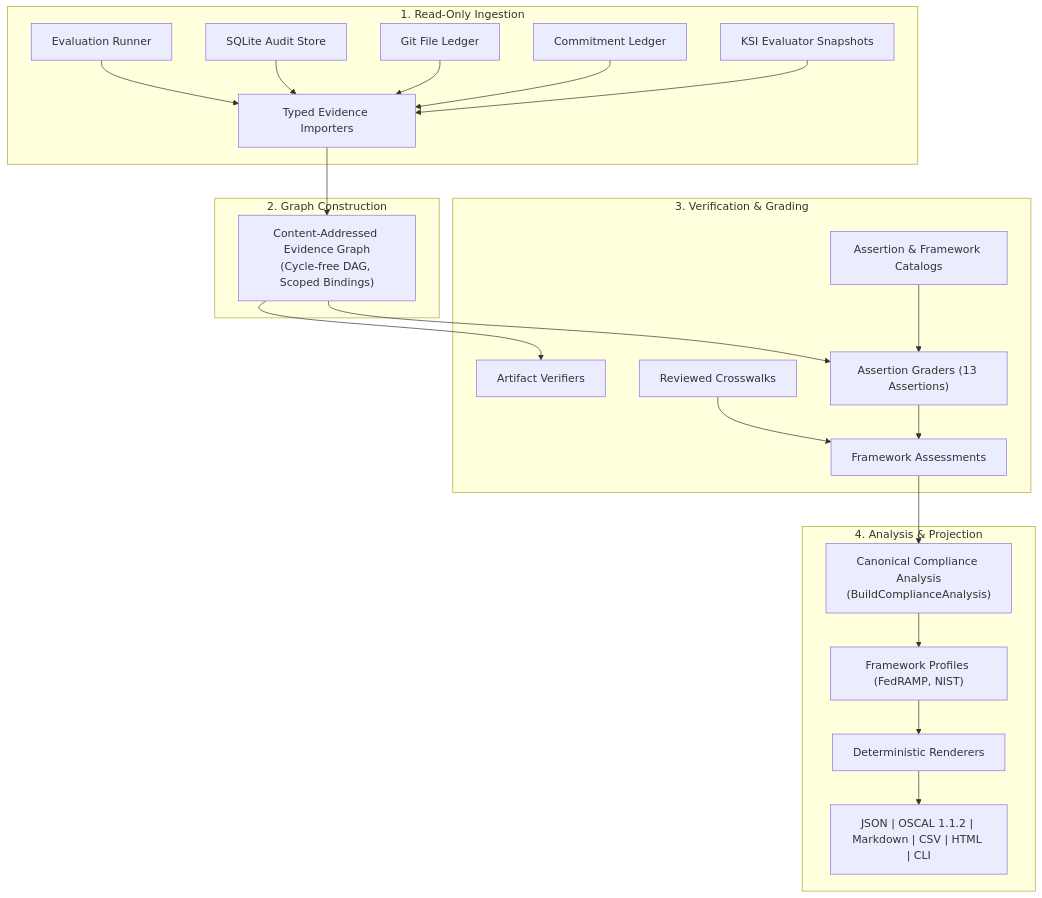
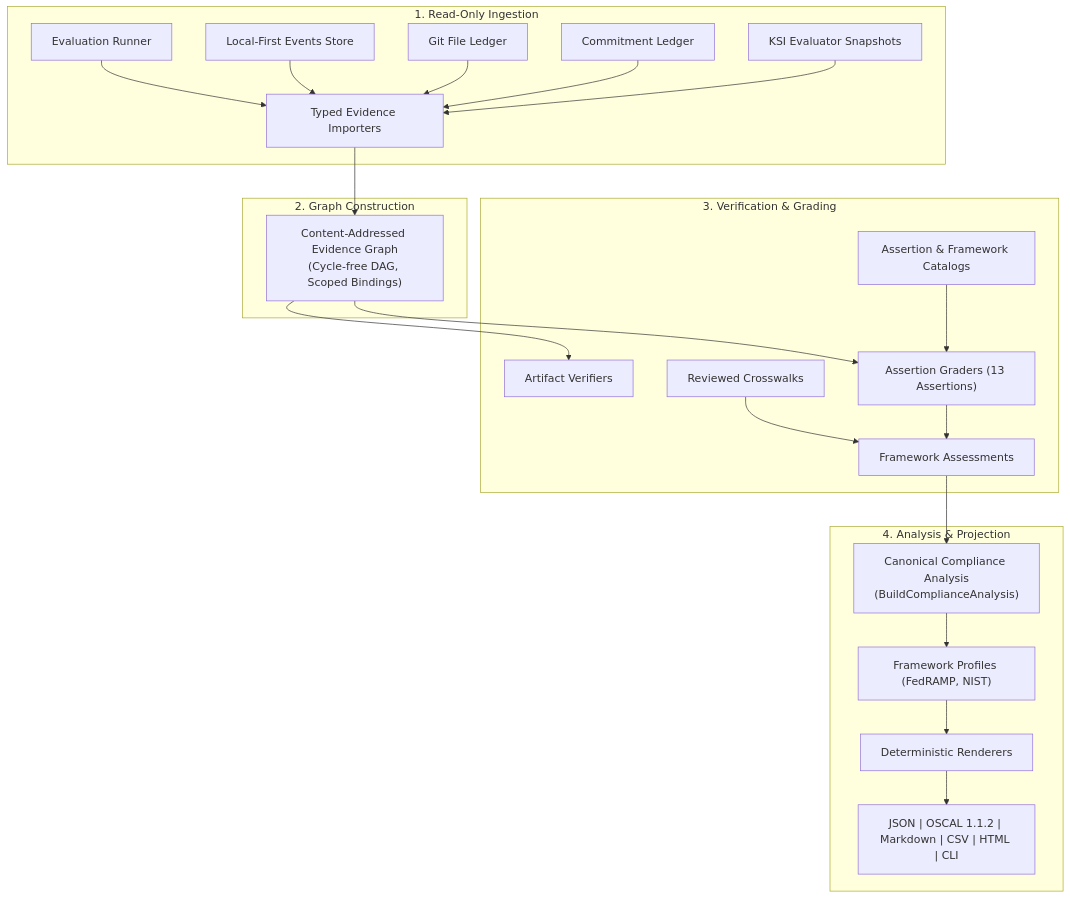
The diagram in docs/reference/compliance-evidence.md (zerotrustdata/ztd), drawn with Mermaid before and after one commit. The commit also changed other lines of this file and 655 other files, not shown here.

````diff
--- a/docs/reference/compliance-evidence.md
+++ b/docs/reference/compliance-evidence.md
@@ -52,29 +52,29 @@
 ```mermaid
 flowchart TD
     subgraph Ingestion ["1. Read-Only Ingestion"]
         EVAL["Evaluation Runner"] --> IMP["Typed Evidence Importers"]
-        AUDIT["SQLite Audit Store"] --> IMP
+        EVENTS["Local-First Events Store"] --> IMP
         LEDGER["Git File Ledger"] --> IMP
         COMMIT["Commitment Ledger"] --> IMP
         KSI["KSI Evaluator Snapshots"] --> IMP
     end
 
     subgraph Graph ["2. Graph Construction"]
         IMP --> EG["Content-Addressed Evidence Graph\n(Cycle-free DAG, Scoped Bindings)"]
     end
 
     subgraph Evaluation ["3. Verification & Grading"]
         EG --> VER["Artifact Verifiers"]
         EG --> GRD["Assertion Graders (13 Assertions)"]
         CAT["Assertion & Framework Catalogs"] --> GRD
         XWALK["Reviewed Crosswalks"] --> FA["Framework Assessments"]
         GRD --> FA
     end
 
     subgraph Reporting ["4. Analysis & Projection"]
         FA --> CANON["Canonical Compliance Analysis\n(BuildComplianceAnalysis)"]
         CANON --> PROF["Framework Profiles (FedRAMP, NIST)"]
         PROF --> REND["Deterministic Renderers"]
         REND --> OUT["JSON | OSCAL 1.1.2 | Markdown | CSV | HTML | CLI"]
     end
 ```
````
